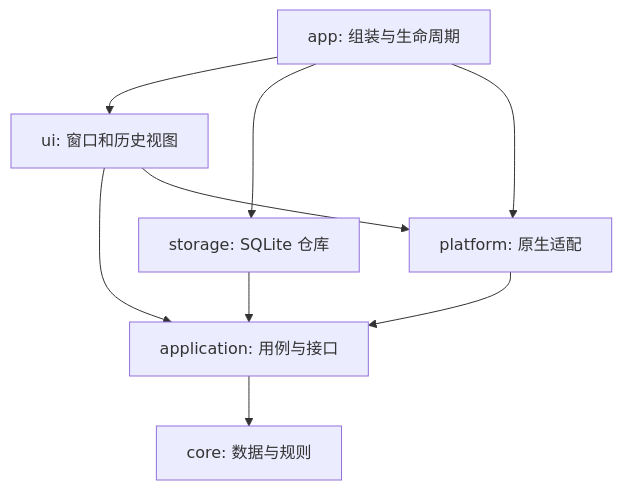
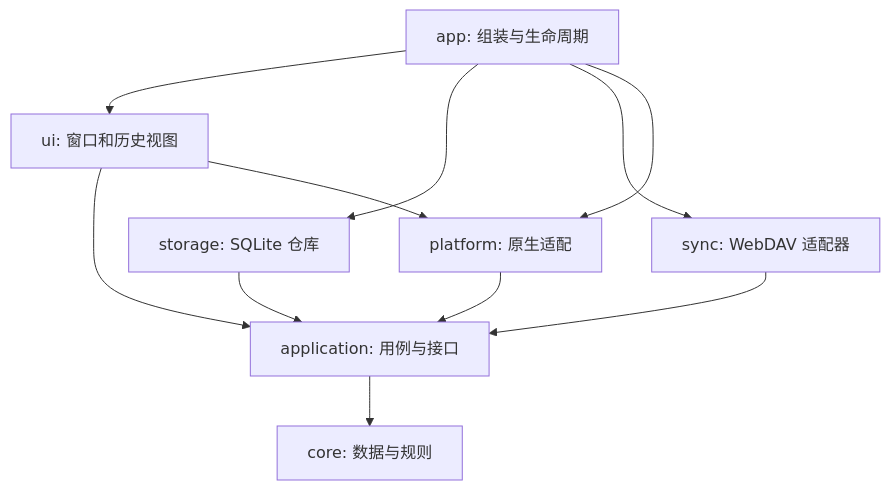
One commit to JackieLiu1/pastes changed the diagram in docs/architecture.md. Above: the diagram before and after it, drawn with Mermaid. The commit also changed other lines of this file and 3 other files, not shown here.

````diff
--- a/docs/architecture.md
+++ b/docs/architecture.md
@@ -20,11 +54,13 @@
 ```mermaid
 flowchart TD
     App[app: 组装与生命周期] --> UI[ui: 窗口和历史视图]
     App --> Storage[storage: SQLite 仓库]
+    App --> Sync[sync: WebDAV 适配器]
     App --> Platform[platform: 原生适配]
     UI --> Application[application: 用例与接口]
     UI --> Platform
     Storage --> Application
+    Sync --> Application
     Platform --> Application
     Application --> Core[core: 数据与规则]
 ```
````
